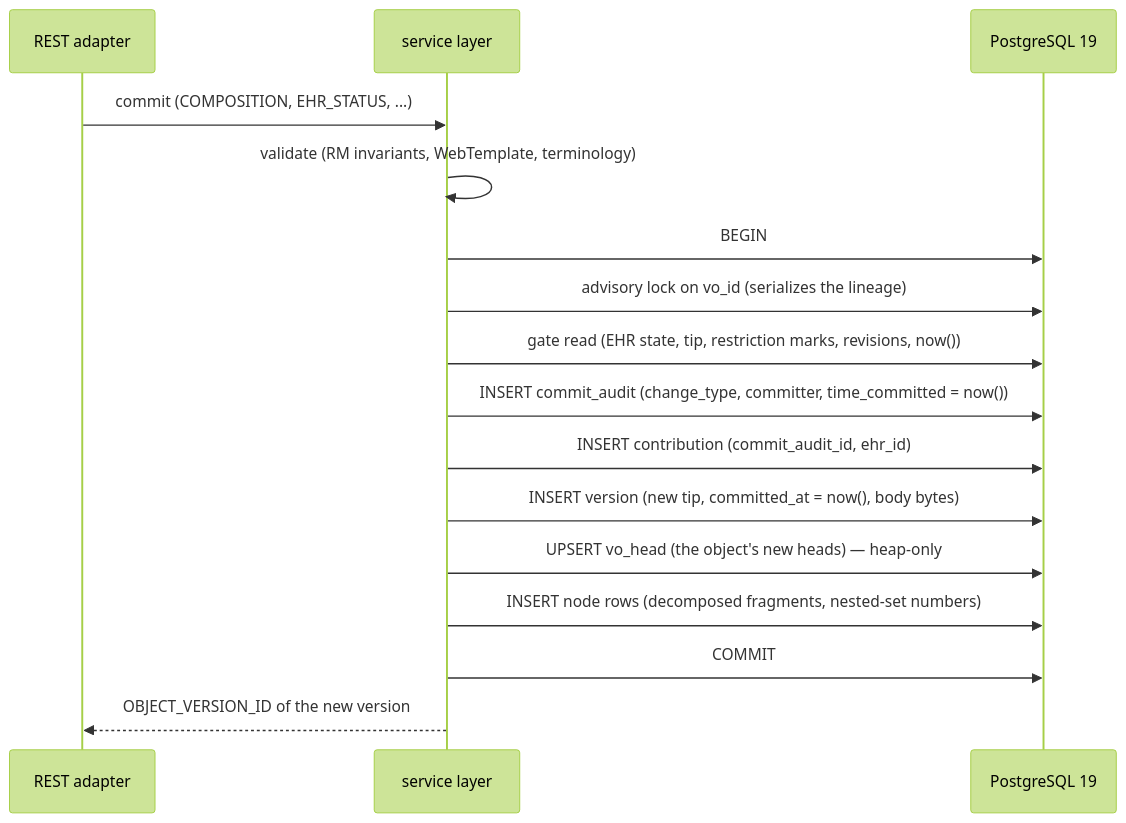
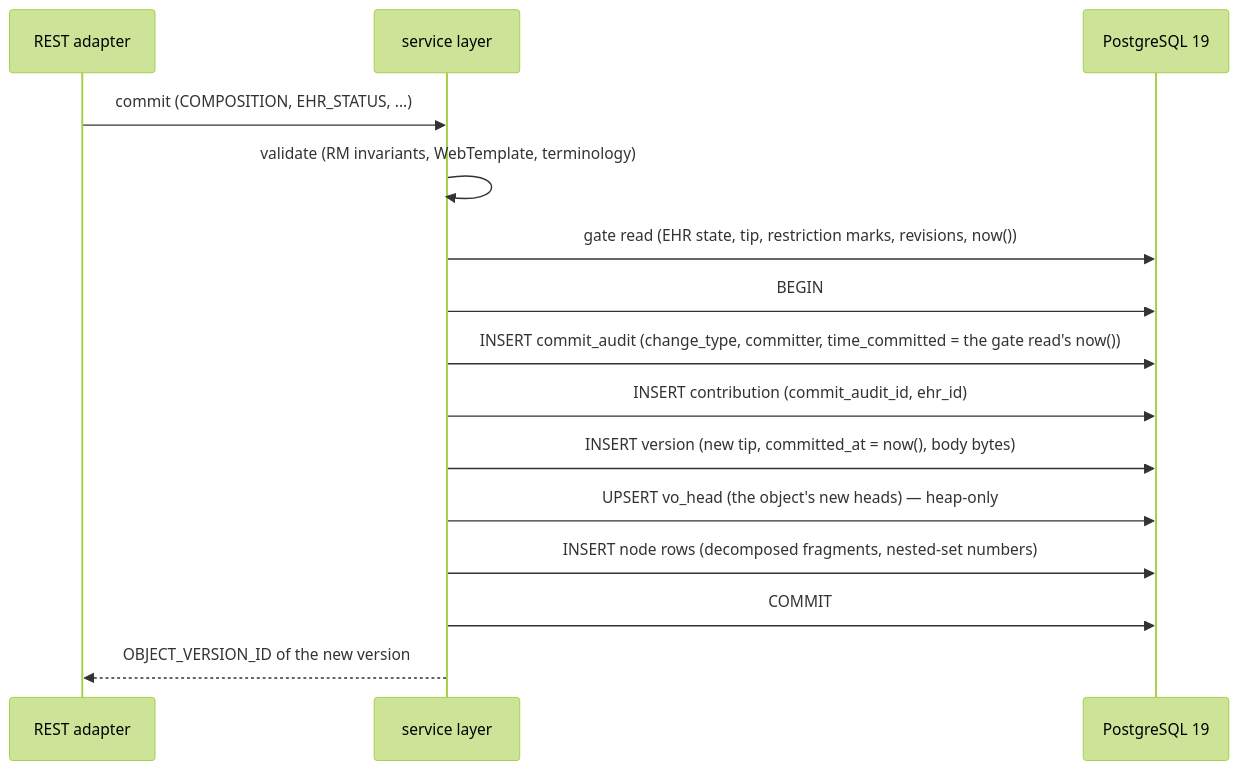
Before and after one commit to FerroHEALTH/FerroEHR: the fifth of 6 diagrams in website/book/src/concepts/storage.md, drawn with Mermaid (forest theme). The commit also changed other lines of this file and 18 other files, not shown here.

````diff
--- a/website/book/src/concepts/storage.md
+++ b/website/book/src/concepts/storage.md
@@ -335,19 +335,18 @@
 ```mermaid
 sequenceDiagram
     participant R as REST adapter
     participant S as service layer
     participant PG as PostgreSQL 19
 
     R->>S: commit (COMPOSITION, EHR_STATUS, ...)
     S->>S: validate (RM invariants, WebTemplate, terminology)
+    S->>PG: gate read (EHR state, tip, restriction marks, revisions, now())
     S->>PG: BEGIN
-    S->>PG: advisory lock on vo_id (serializes the lineage)
-    S->>PG: gate read (EHR state, tip, restriction marks, revisions, now())
-    S->>PG: INSERT commit_audit (change_type, committer, time_committed = now())
+    S->>PG: INSERT commit_audit (change_type, committer, time_committed = the gate read's now())
     S->>PG: INSERT contribution (commit_audit_id, ehr_id)
     S->>PG: INSERT version (new tip, committed_at = now(), body bytes)
     S->>PG: UPSERT vo_head (the object's new heads) — heap-only
     S->>PG: INSERT node rows (decomposed fragments, nested-set numbers)
     S->>PG: COMMIT
     S-->>R: OBJECT_VERSION_ID of the new version
 ```
````
